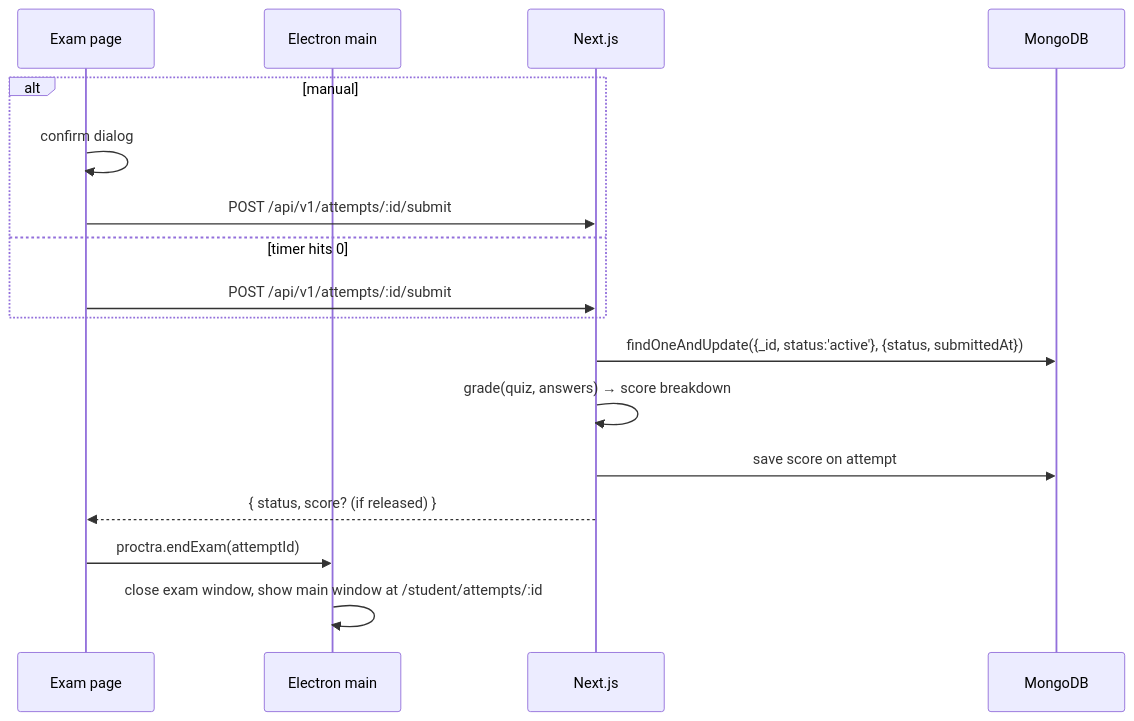
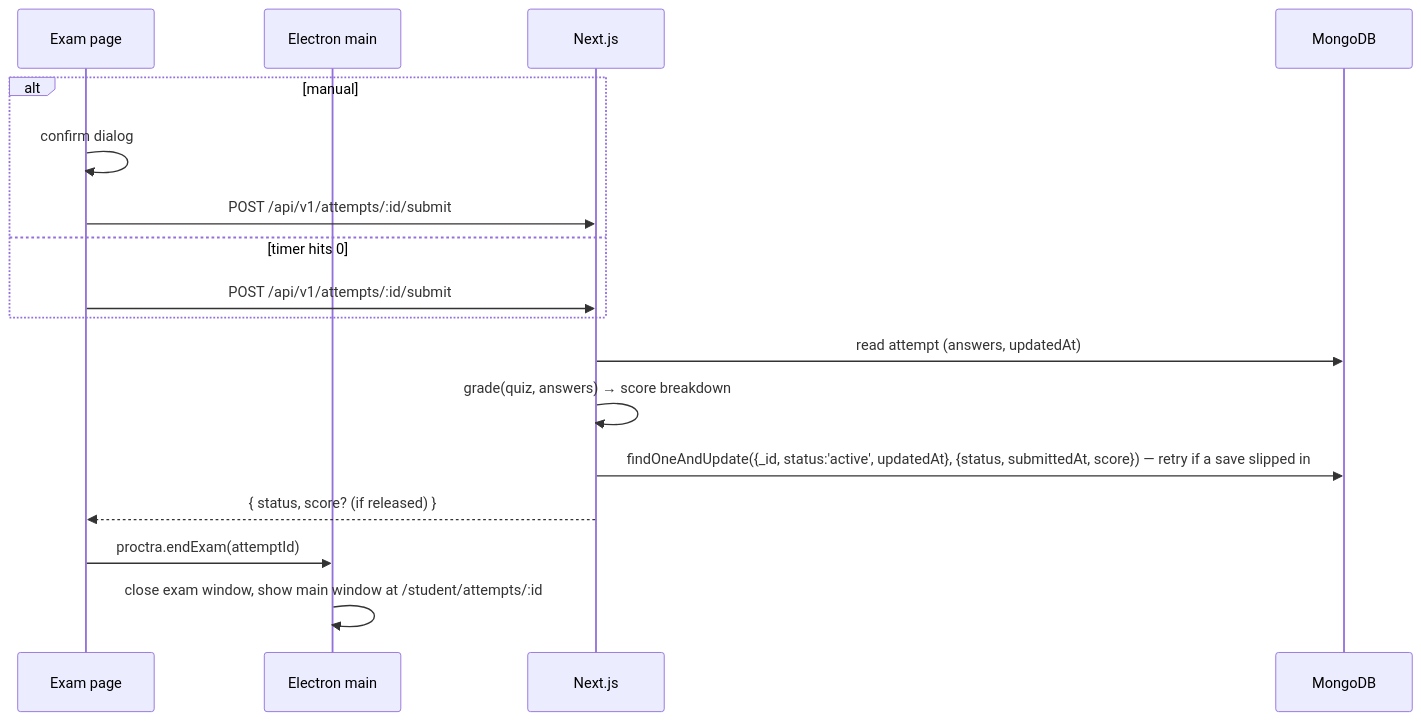
The fourth of 5 diagrams in docs/system-design.md (rajdeep-2004/proctra), drawn with Mermaid before and after one commit. The commit also changed 10 other files, not shown here.

````diff
--- a/docs/system-design.md
+++ b/docs/system-design.md
@@ -88,19 +88,19 @@
 ```mermaid
 sequenceDiagram
   participant E as Exam page
   participant M as Electron main
   participant N as Next.js
   participant D as MongoDB
   alt manual
     E->>E: confirm dialog
     E->>N: POST /api/v1/attempts/:id/submit
   else timer hits 0
     E->>N: POST /api/v1/attempts/:id/submit
   end
-  N->>D: findOneAndUpdate({_id, status:'active'}, {status, submittedAt})
+  N->>D: read attempt (answers, updatedAt)
   N->>N: grade(quiz, answers) → score breakdown
-  N->>D: save score on attempt
+  N->>D: findOneAndUpdate({_id, status:'active', updatedAt}, {status, submittedAt, score}) — retry if a save slipped in
   N-->>E: { status, score? (if released) }
   E->>M: proctra.endExam(attemptId)
   M->>M: close exam window, show main window at /student/attempts/:id
 ```
````
